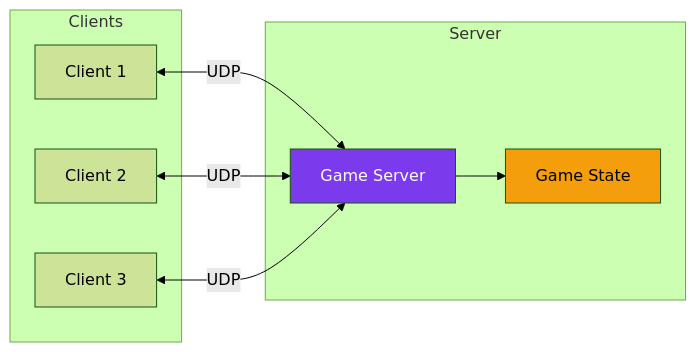
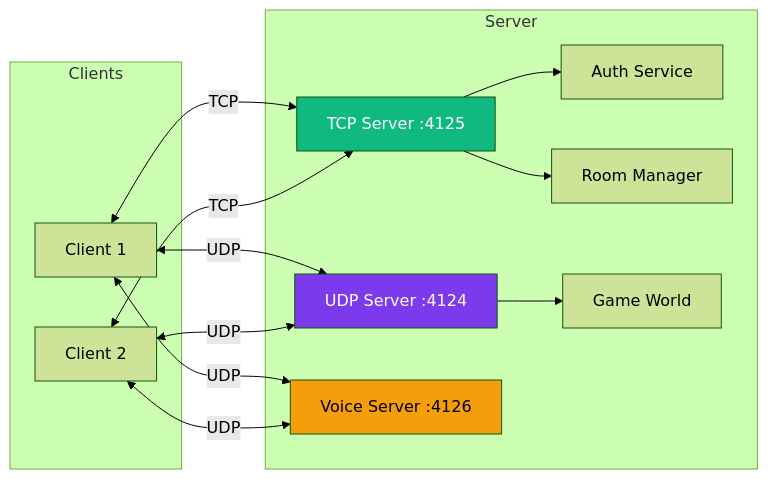
One commit to ChrisG-L/rtype changed the first of 2 diagrams in docs/technique/reseau/index.md. Above: the diagram before and after it, drawn with Mermaid (forest theme). The commit also changed other lines of this file and 4 other files, not shown here.

First line of the commit message:
Refactor documentation for gameplay, graphics abstraction, and networking

````diff
--- a/docs/technique/reseau/index.md
+++ b/docs/technique/reseau/index.md
@@ -15,21 +19,31 @@
 ```mermaid
 graph LR
     subgraph Clients
         C1[Client 1]
         C2[Client 2]
-        C3[Client 3]
     end
 
     subgraph Server
-        S[Game Server]
-        GS[Game State]
+        TCP[TCP Server :4125]
+        UDP[UDP Server :4124]
+        Voice[Voice Server :4126]
+        Auth[Auth Service]
+        Rooms[Room Manager]
+        Game[Game World]
     end
 
-    C1 <-->|UDP| S
-    C2 <-->|UDP| S
-    C3 <-->|UDP| S
-    S --> GS
+    C1 <-->|TCP| TCP
+    C2 <-->|TCP| TCP
+    C1 <-->|UDP| UDP
+    C2 <-->|UDP| UDP
+    C1 <-->|UDP| Voice
+    C2 <-->|UDP| Voice
 
-    style S fill:#7c3aed,color:#fff
-    style GS fill:#f59e0b,color:#000
+    TCP --> Auth
+    TCP --> Rooms
+    UDP --> Game
+
+    style TCP fill:#10b981,color:#fff
+    style UDP fill:#7c3aed,color:#fff
+    style Voice fill:#f59e0b,color:#000
 ```
````
